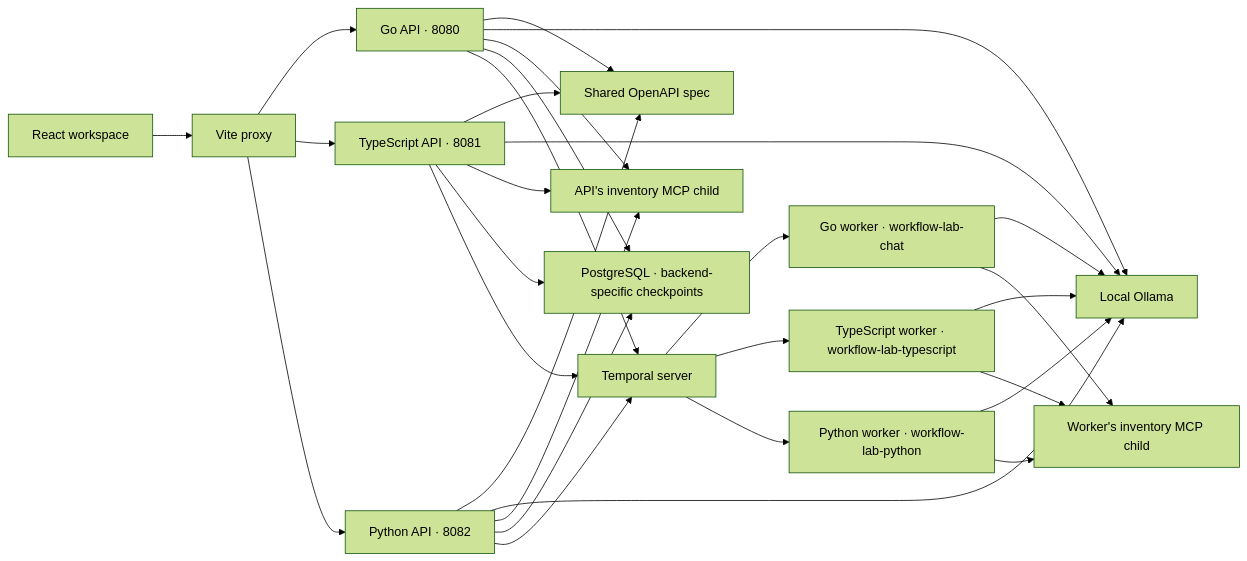
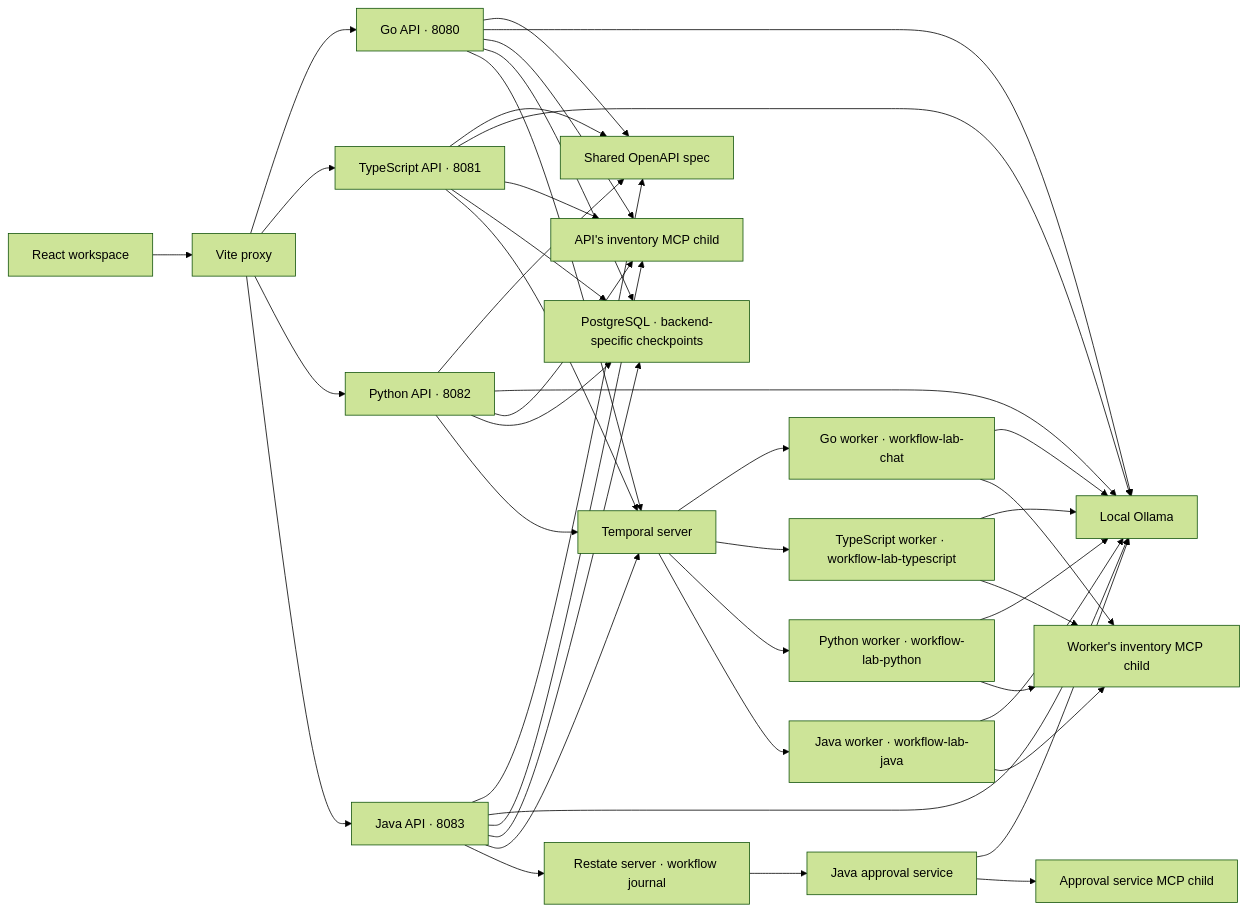
Before and after one commit to aenns/agent-workflow-lab: the diagram in README.md, drawn with Mermaid (forest theme). The commit also changed other lines of this file and 72 other files, not shown here.

Commit message:
Add Java backend, Restate workflows, and streaming across all engines

````diff
--- a/README.md
+++ b/README.md
@@ -66,17 +97,23 @@
 ```mermaid
 flowchart LR
     UI["React workspace"] --> Vite["Vite proxy"]
     Vite --> Go["Go API · 8080"]
     Vite --> TS["TypeScript API · 8081"]
     Vite --> Py["Python API · 8082"]
-    Go & TS & Py --> Contract["Shared OpenAPI spec"]
-    Go & TS & Py --> Ollama["Local Ollama"]
-    Go & TS & Py --> MCP["API's inventory MCP child"]
-    Go & TS & Py --> DB["PostgreSQL · backend-specific checkpoints"]
-    Go & TS & Py --> Temporal["Temporal server"]
+    Vite --> Java["Java API · 8083"]
+    Go & TS & Py & Java --> Contract["Shared OpenAPI spec"]
+    Go & TS & Py & Java --> Ollama["Local Ollama"]
+    Go & TS & Py & Java --> MCP["API's inventory MCP child"]
+    Go & TS & Py & Java --> DB["PostgreSQL · backend-specific checkpoints"]
+    Go & TS & Py & Java --> Temporal["Temporal server"]
     Temporal --> GoW["Go worker · workflow-lab-chat"]
     Temporal --> TSW["TypeScript worker · workflow-lab-typescript"]
     Temporal --> PyW["Python worker · workflow-lab-python"]
-    GoW & TSW & PyW --> Ollama
-    GoW & TSW & PyW --> WorkerMCP["Worker's inventory MCP child"]
+    Temporal --> JavaW["Java worker · workflow-lab-java"]
+    GoW & TSW & PyW & JavaW --> Ollama
+    GoW & TSW & PyW & JavaW --> WorkerMCP["Worker's inventory MCP child"]
+    Java --> Restate["Restate server · workflow journal"]
+    Restate --> RestateJava["Java approval service"]
+    RestateJava --> Ollama
+    RestateJava --> RestateMCP["Approval service MCP child"]
 ```
````
